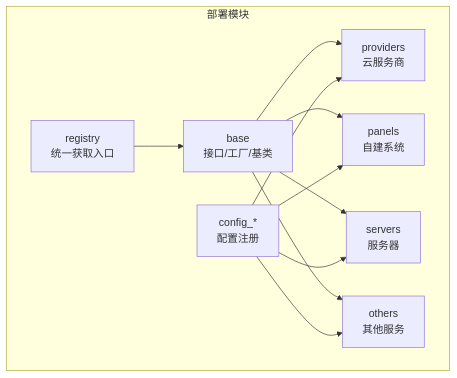
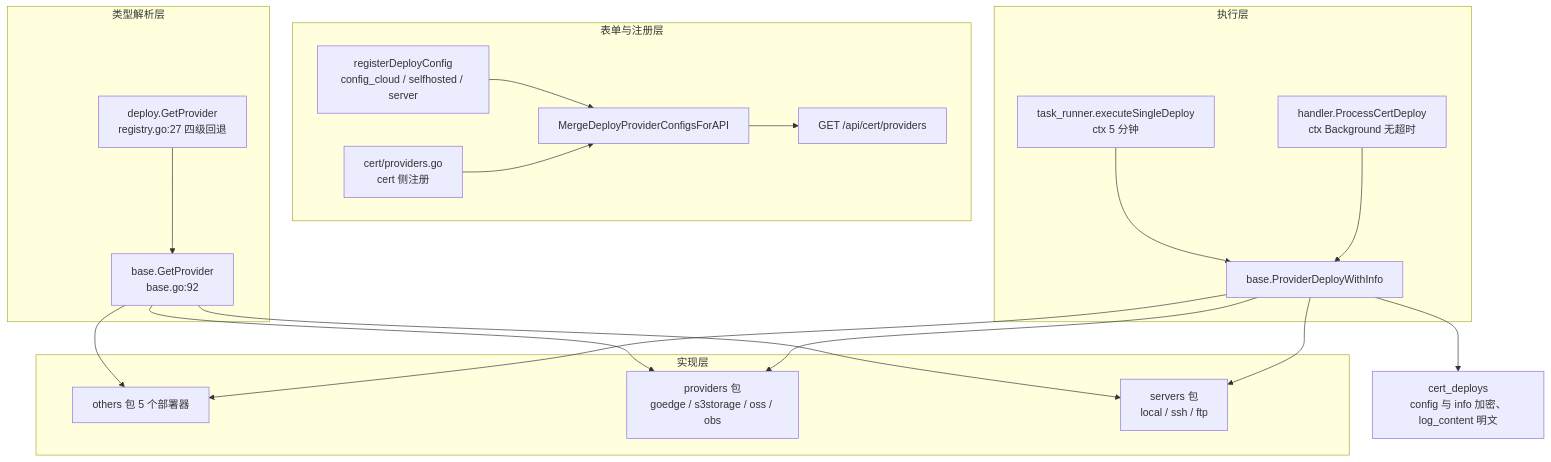
Before and after one commit to x01n/dnsplane: the first of 5 diagrams in docs/证书管理功能/证书部署策略/其他部署方式.md, drawn with Mermaid. The commit also changed other lines of this file and 326 other files, not shown here.

````diff
--- a/docs/证书管理功能/证书部署策略/其他部署方式.md
+++ b/docs/证书管理功能/证书部署策略/其他部署方式.md
@@ -53,21 +177,42 @@
 ```mermaid
 graph TB
-subgraph "部署模块"
-BASE["base<br/>接口/工厂/基类"]
-REG["registry<br/>统一获取入口"]
-CFG["config_*<br/>配置注册"]
-PROV["providers<br/>云服务商"]
-PANEL["panels<br/>自建系统"]
-SRV["servers<br/>服务器"]
-OTHER["others<br/>其他服务"]
-end
-BASE --> PROV
-BASE --> PANEL
-BASE --> SRV
-BASE --> OTHER
-REG --> BASE
-CFG --> PROV
-CFG --> PANEL
-CFG --> SRV
-CFG --> OTHER
+    subgraph FORM["表单与注册层"]
+        REG["registerDeployConfig<br/>config_cloud / selfhosted / server"]
+        CP["cert/providers.go<br/>cert 侧注册"]
+        MERGE["MergeDeployProviderConfigsForAPI"]
+        API["GET /api/cert/providers"]
+    end
+
+    subgraph RESOLVE["类型解析层"]
+        GR["deploy.GetProvider<br/>registry.go:27 四级回退"]
+        BR["base.GetProvider<br/>base.go:92"]
+    end
+
+    subgraph IMPL["实现层"]
+        O["others 包 5 个部署器"]
+        P["providers 包<br/>goedge / s3storage / oss / obs"]
+        S["servers 包<br/>local / ssh / ftp"]
+    end
+
+    subgraph EXEC["执行层"]
+        TR["task_runner.executeSingleDeploy<br/>ctx 5 分钟"]
+        HD["handler.ProcessCertDeploy<br/>ctx Background 无超时"]
+        PDWI["base.ProviderDeployWithInfo"]
+    end
+
+    STORE["cert_deploys<br/>config 与 info 加密、log_content 明文"]
+
+    REG --> MERGE
+    CP --> MERGE
+    MERGE --> API
+    GR --> BR
+    BR --> O
+    BR --> P
+    BR --> S
+    TR --> PDWI
+    HD --> PDWI
+    PDWI --> O
+    PDWI --> P
+    PDWI --> S
+    PDWI --> STORE
 ```
````
